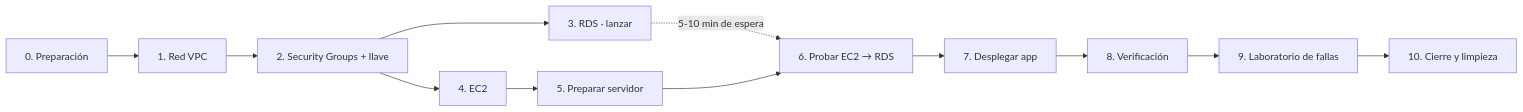
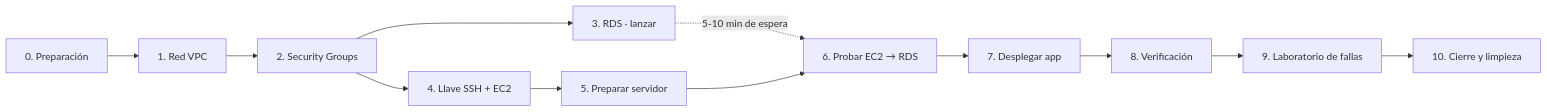
One commit to crissdav/despliegue-cloud changed the diagram in docs/PLAN-DESPLIEGUE.md. Above: the diagram before and after it, drawn with Mermaid. The commit also changed other lines of this file, not shown here.

Commit message:
docs: mover el par de claves SSH a la fase 4 del plan

````diff
--- a/docs/PLAN-DESPLIEGUE.md
+++ b/docs/PLAN-DESPLIEGUE.md
@@ -86,14 +86,14 @@
 ```mermaid
 flowchart LR
     F0[0. Preparación] --> F1[1. Red VPC]
-    F1 --> F2[2. Security Groups + llave]
+    F1 --> F2[2. Security Groups]
     F2 --> F3[3. RDS · lanzar]
-    F2 --> F4[4. EC2]
+    F2 --> F4[4. Llave SSH + EC2]
     F3 -. "5-10 min de espera" .-> F6
     F4 --> F5[5. Preparar servidor]
     F5 --> F6[6. Probar EC2 → RDS]
     F6 --> F7[7. Desplegar app]
     F7 --> F8[8. Verificación]
     F8 --> F9[9. Laboratorio de fallas]
     F9 --> F10[10. Cierre y limpieza]
 ```
````
